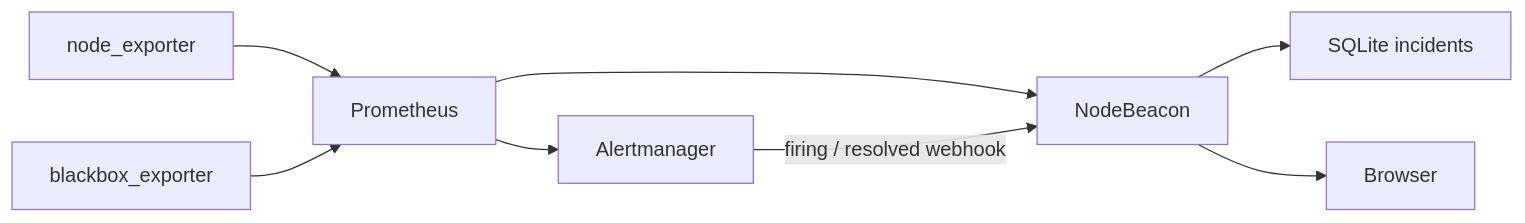
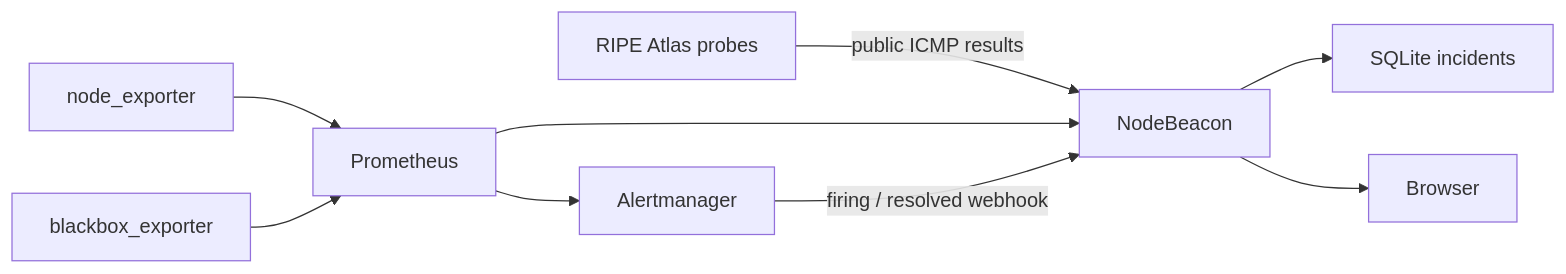
One commit to xljya/NodeBeacon changed the first of 2 diagrams in README.md. Above: the diagram before and after it, drawn with Mermaid. The commit also changed other lines of this file and 18 other files, not shown here.

````diff
--- a/README.md
+++ b/README.md
@@ -35,18 +36,20 @@
 ```mermaid
 flowchart LR
     ne["node_exporter"]
     bb["blackbox_exporter"]
     prom["Prometheus"]
     am["Alertmanager"]
     nb["NodeBeacon"]
     ui["Browser"]
     incidents["SQLite incidents"]
+    atlas["RIPE Atlas probes"]
 
     ne --> prom
     bb --> prom
+    atlas -->|"public ICMP results"| nb
     prom --> nb
     prom --> am
     am -->|"firing / resolved webhook"| nb
     nb --> incidents
     nb --> ui
 ```
````
